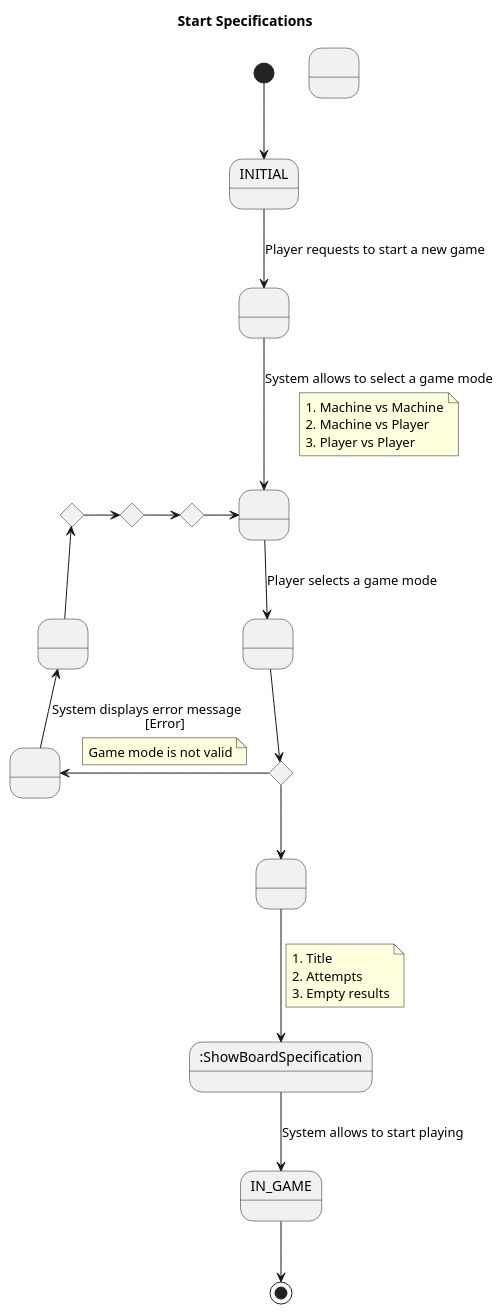
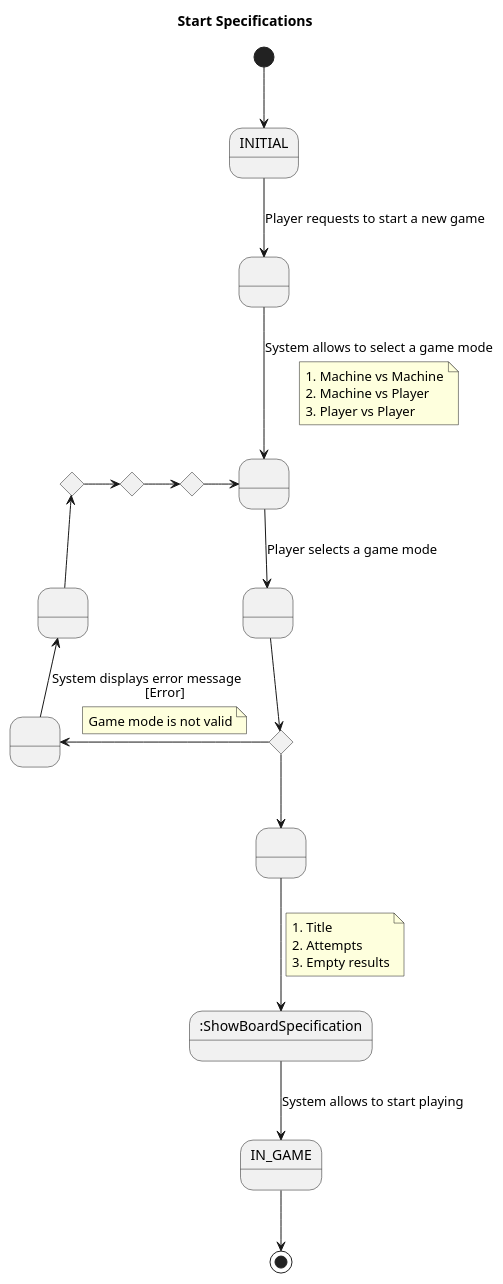
The third of 5 diagrams in Docs/Requirement.plantuml (franpaulinoinfante/TicTacToe), drawn with PlantUML before and after one commit.

```diff
--- a/Docs/Requirement.plantuml
+++ b/Docs/Requirement.plantuml
@@ -45,49 +45,48 @@
 @startuml Start Specifications
     title Start Specifications
 
 state INITIAL
 state IN_GAME
 state A as " "
 state B as " "
 state C as " "
 state D as " "
-state E as " "
 state G as " "
 state F as " "
 state K as ":ShowBoardSpecification"
 
 state if1 <<choice>>
 state if2 <<choice>>
 state if3 <<choice>>
 state if4 <<choice>>
 
 [*] --> INITIAL
 INITIAL --> A : Player requests to start a new game
 A --> B : System allows to select a game mode
     note on link 
         1. Machine vs Machine
         2. Machine vs Player
         3. Player vs Player
     endnote
 B --> C : Player selects a game mode
 C --> if1
     if1 --> D 
     D --> K
         note on link
             1. Title
             2. Attempts
             3. Empty results
         endnote
     K --> IN_GAME : System allows to start playing
     IN_GAME --> [*]
 
 if1 -left-> F : [Error]
     note on link
         Game mode is not valid
     endnote
 F -up-> G : System displays error message
 G -up-> if2
 if2 -right-> if3
 if3 -right-> if4
 if4 -right-> B
 @enduml
```
